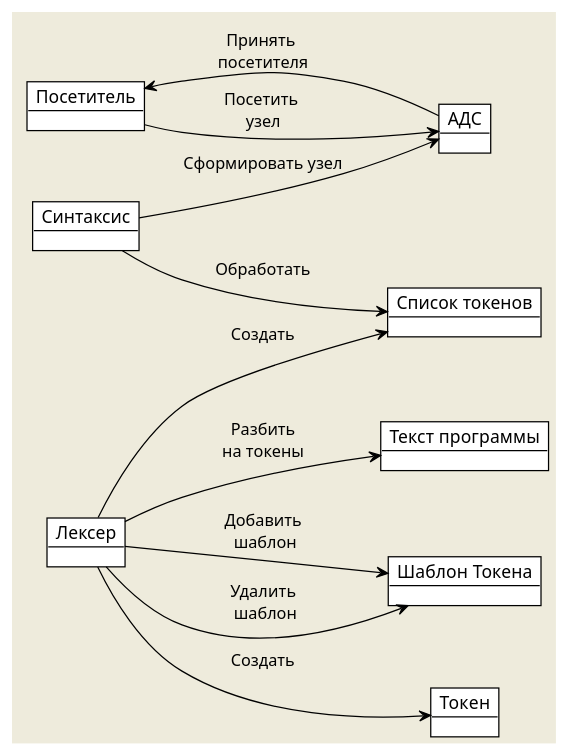
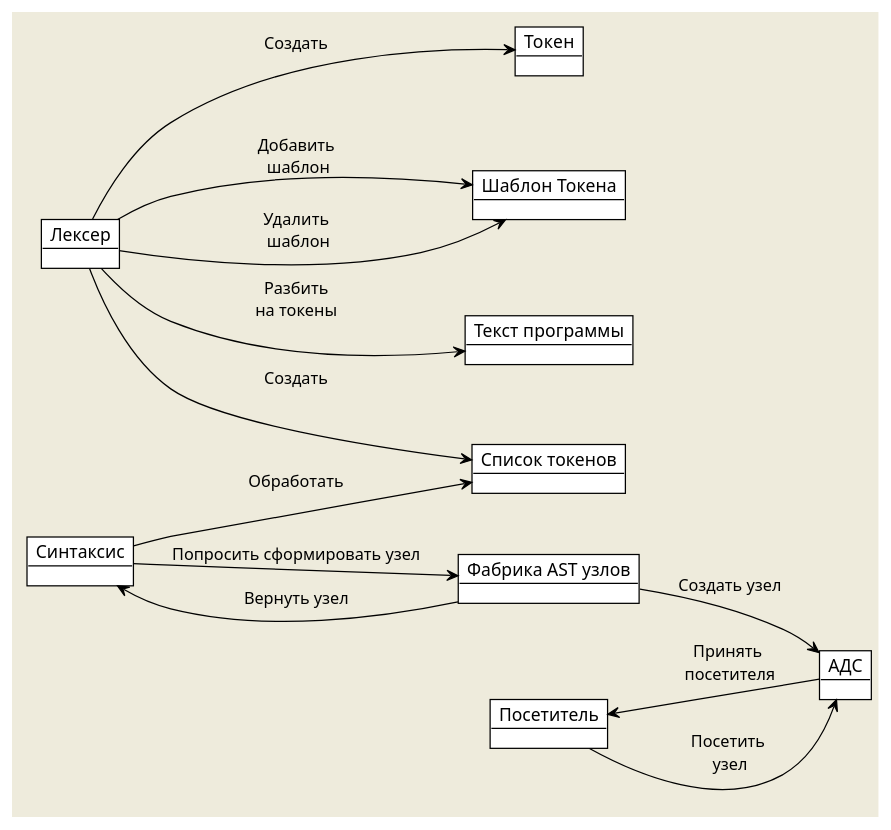
Before and after one commit to DanArmor/micro-Pascal: the first of 2 diagrams in schemes/scheme.md, drawn with PlantUML. The commit also changed other lines of this file and 28 other files, not shown here.

````diff
--- a/schemes/scheme.md
+++ b/schemes/scheme.md
@@ -4,31 +4,35 @@
 ```plantuml
 @startuml
     !theme plain
     skinparam backgroundColor #EEEBDC
     skinparam handwritten false
     skinparam arrowFontColor black
     left to right direction
 
     object "Лексер" as Lexer
     object "Текст программы" as Text
     object "Синтаксис" as Syntax
     object "Список токенов" as List
     object "АДС" as AST
     object "Посетитель" as Visitor
 
     object "Токен" as Token
     object "Шаблон Токена" as TokenTemp
 
+    object "Фабрика AST узлов" as ASTFactory
+
     Lexer --> TokenTemp : "Добавить\n шаблон"
     Lexer --> TokenTemp : "Удалить\n шаблон"
     Lexer --> Text : "Разбить\nна токены"
     Lexer --> List : "Создать"
     Lexer --> Token : "Создать"
 
     Syntax --> List : "Обработать"
-    Syntax --> AST : "Сформировать узел"
+    Syntax --> ASTFactory : "Попросить сформировать узел"
+    ASTFactory --> AST : "Создать узел"
+    ASTFactory --> Syntax : "Вернуть узел"
 
     Visitor --> AST : "Посетить \nузел"
     Visitor <-- AST : "Принять \nпосетителя"
 @enduml
 ```
````
